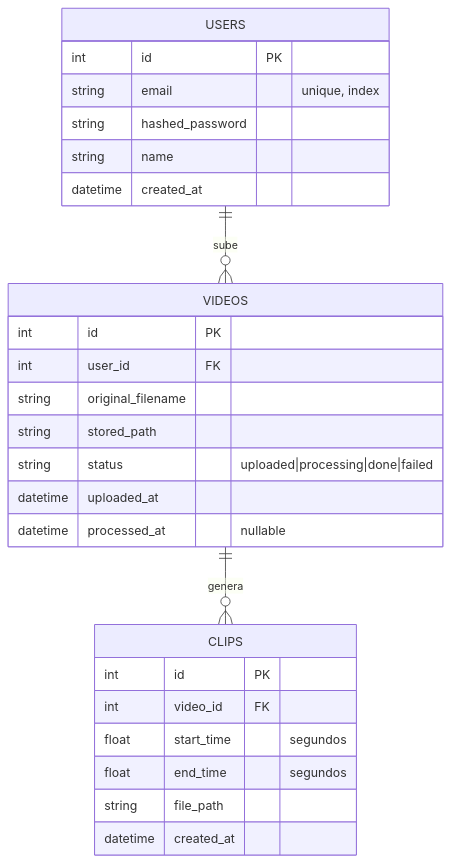
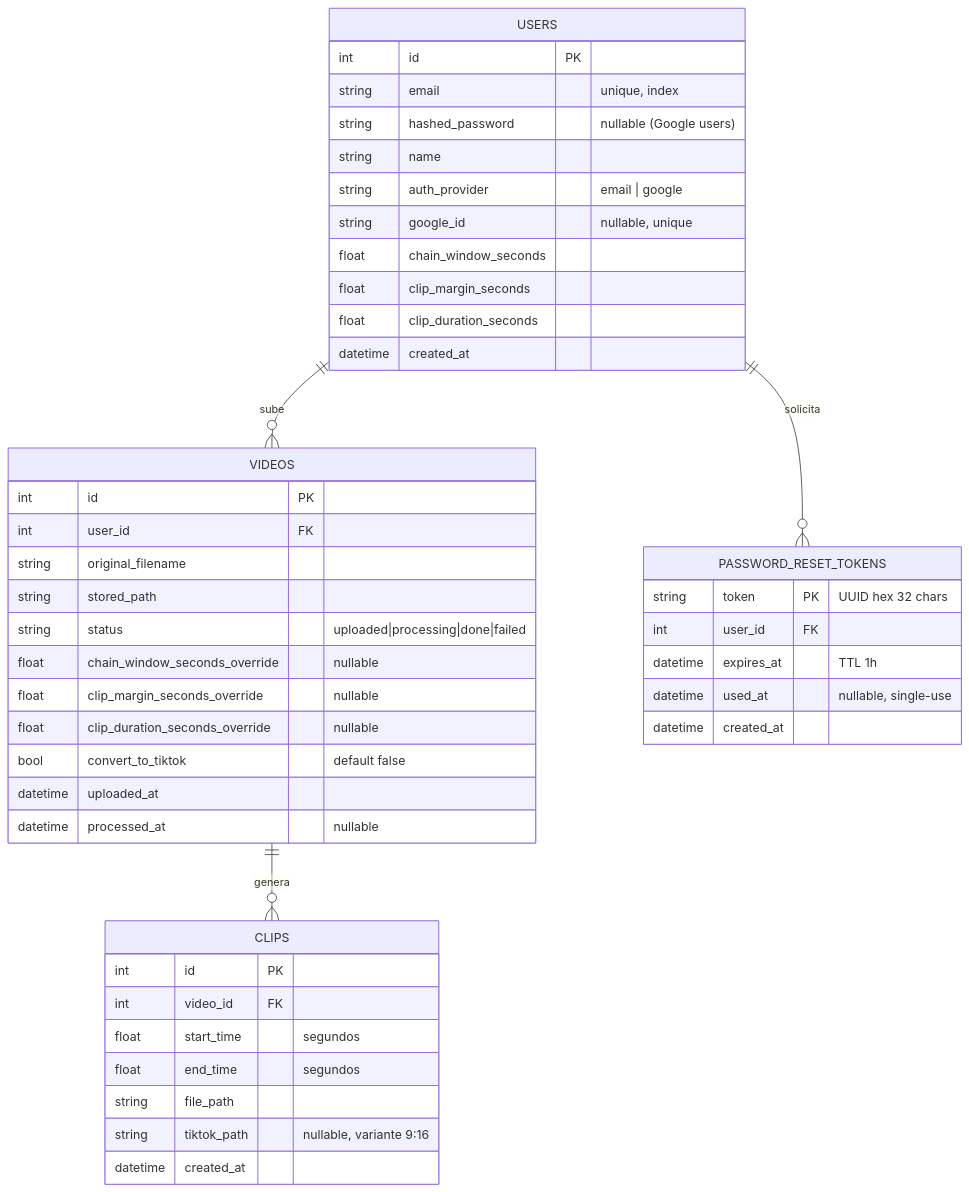
Before and after one commit to Axas11/ClipCatcher: the third of 4 diagrams in docs/arquitectura.md, drawn with Mermaid. The commit also changed other lines of this file, not shown here.

````diff
--- a/docs/arquitectura.md
+++ b/docs/arquitectura.md
@@ -107,32 +125,51 @@
 ```mermaid
 erDiagram
   USERS ||--o{ VIDEOS : sube
+  USERS ||--o{ PASSWORD_RESET_TOKENS : solicita
   VIDEOS ||--o{ CLIPS : genera
 
   USERS {
     int id PK
     string email "unique, index"
-    string hashed_password
+    string hashed_password "nullable (Google users)"
     string name
+    string auth_provider "email | google"
+    string google_id "nullable, unique"
+    float chain_window_seconds
+    float clip_margin_seconds
+    float clip_duration_seconds
     datetime created_at
   }
 
   VIDEOS {
     int id PK
     int user_id FK
     string original_filename
     string stored_path
     string status "uploaded|processing|done|failed"
+    float chain_window_seconds_override "nullable"
+    float clip_margin_seconds_override "nullable"
+    float clip_duration_seconds_override "nullable"
+    bool convert_to_tiktok "default false"
     datetime uploaded_at
     datetime processed_at "nullable"
   }
 
   CLIPS {
     int id PK
     int video_id FK
     float start_time "segundos"
     float end_time "segundos"
     string file_path
+    string tiktok_path "nullable, variante 9:16"
+    datetime created_at
+  }
+
+  PASSWORD_RESET_TOKENS {
+    string token PK "UUID hex 32 chars"
+    int user_id FK
+    datetime expires_at "TTL 1h"
+    datetime used_at "nullable, single-use"
     datetime created_at
   }
 ```
````
